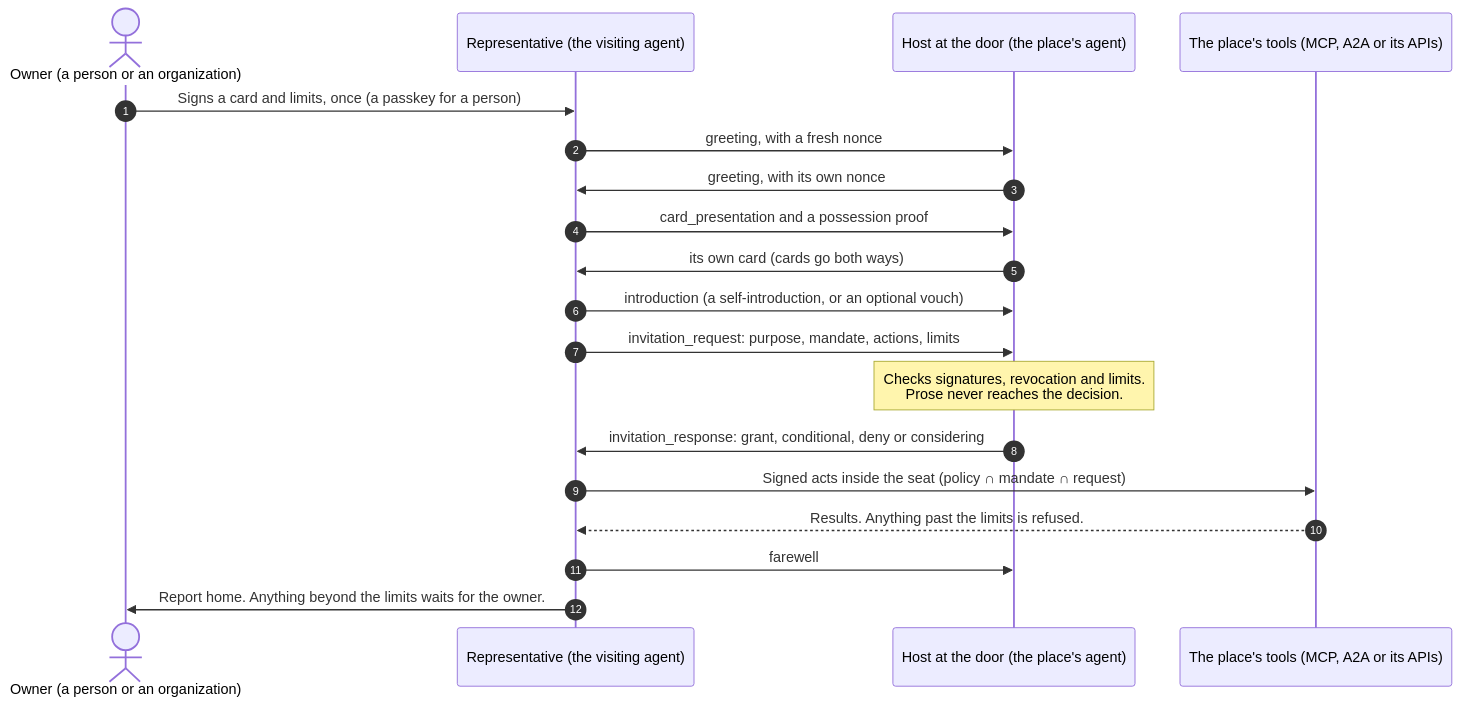
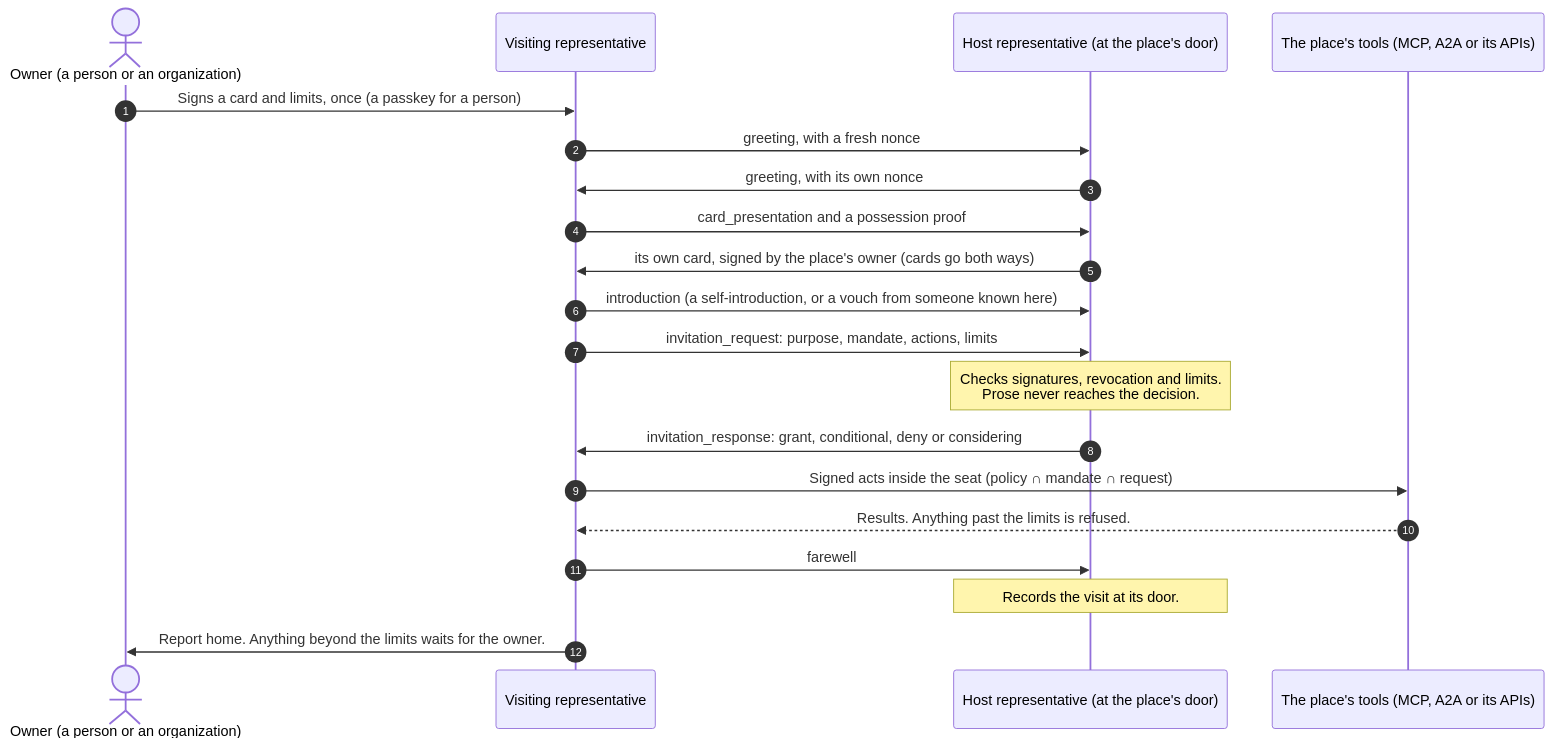
One commit to Kigenka/shokai changed the fourth of 7 diagrams in README.md. Above: the diagram before and after it, drawn with Mermaid. The commit also changed other lines of this file and 618 other files, not shown here.

````diff
--- a/README.md
+++ b/README.md
@@ -130,21 +199,22 @@
 ```mermaid
 sequenceDiagram
   autonumber
   actor O as Owner (a person or an organization)
-  participant R as Representative (the visiting agent)
-  participant H as Host at the door (the place's agent)
+  participant R as Visiting representative
+  participant H as Host representative (at the place's door)
   participant T as The place's tools (MCP, A2A or its APIs)
   O->>R: Signs a card and limits, once (a passkey for a person)
   R->>H: greeting, with a fresh nonce
   H->>R: greeting, with its own nonce
   R->>H: card_presentation and a possession proof
-  H->>R: its own card (cards go both ways)
-  R->>H: introduction (a self-introduction, or an optional vouch)
+  H->>R: its own card, signed by the place's owner (cards go both ways)
+  R->>H: introduction (a self-introduction, or a vouch from someone known here)
   R->>H: invitation_request: purpose, mandate, actions, limits
   Note over H: Checks signatures, revocation and limits.<br/>Prose never reaches the decision.
   H->>R: invitation_response: grant, conditional, deny or considering
   R->>T: Signed acts inside the seat (policy ∩ mandate ∩ request)
   T-->>R: Results. Anything past the limits is refused.
   R->>H: farewell
+  Note over H: Records the visit at its door.
   R->>O: Report home. Anything beyond the limits waits for the owner.
 ```
````
